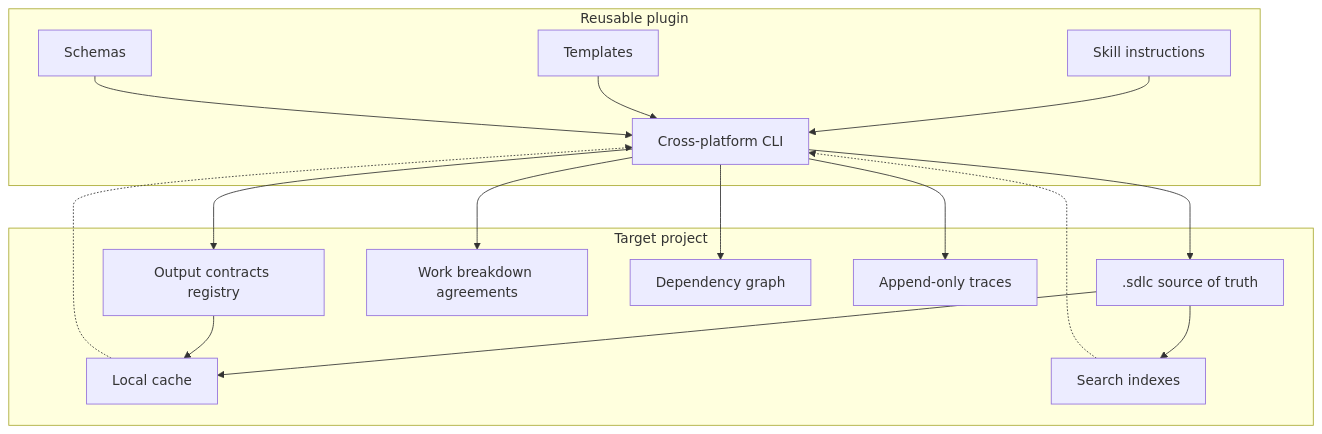
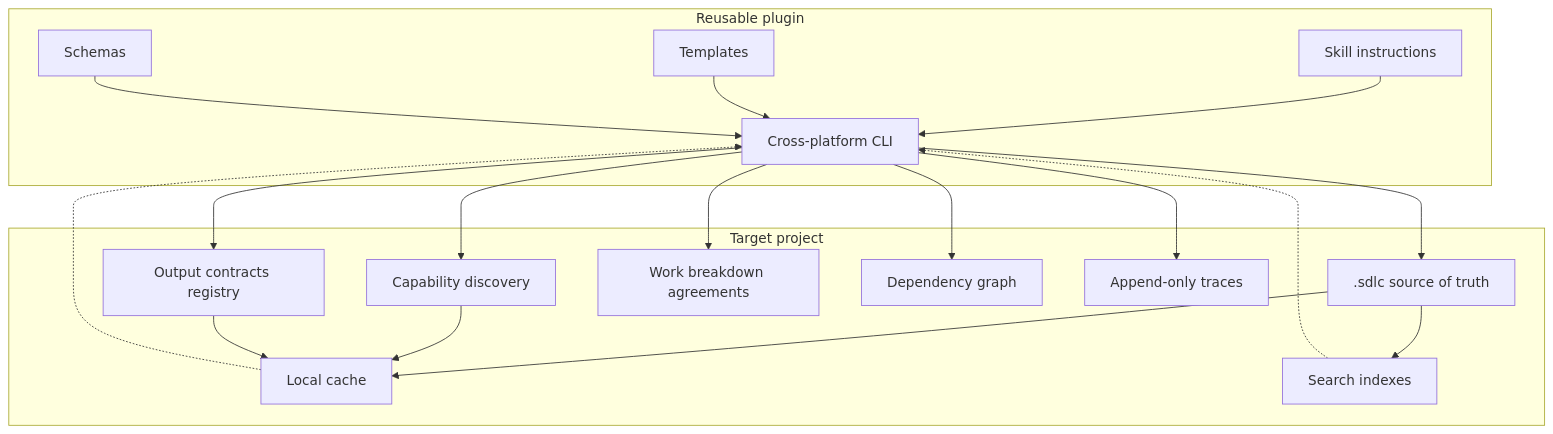
The first of 8 diagrams in docs/architecture.md (aantenore/agentic-sdlc-codex-plugin), drawn with Mermaid before and after one commit. The commit also changed other lines of this file and 15 other files, not shown here.

Commit message:
feat: add contextual capability discovery

````diff
--- a/docs/architecture.md
+++ b/docs/architecture.md
@@ -31,33 +32,36 @@
 ```mermaid
 flowchart TB
   subgraph Plugin["Reusable plugin"]
     Skill["Skill instructions"]
     Templates["Templates"]
     Schemas["Schemas"]
     CLI["Cross-platform CLI"]
   end
 
   subgraph Project["Target project"]
     KB[".sdlc source of truth"]
+    Capabilities["Capability discovery"]
     OutputRegistry["Output contracts registry"]
     Breakdown["Work breakdown agreements"]
     Dependencies["Dependency graph"]
     Traces["Append-only traces"]
     Cache["Local cache"]
     Indexes["Search indexes"]
   end
 
   Skill --> CLI
   Templates --> CLI
   Schemas --> CLI
   CLI --> KB
+  CLI --> Capabilities
   CLI --> OutputRegistry
   CLI --> Breakdown
   CLI --> Dependencies
   CLI --> Traces
   KB --> Cache
+  Capabilities --> Cache
   KB --> Indexes
   OutputRegistry --> Cache
   Cache -.-> CLI
   Indexes -.-> CLI
 ```
````
